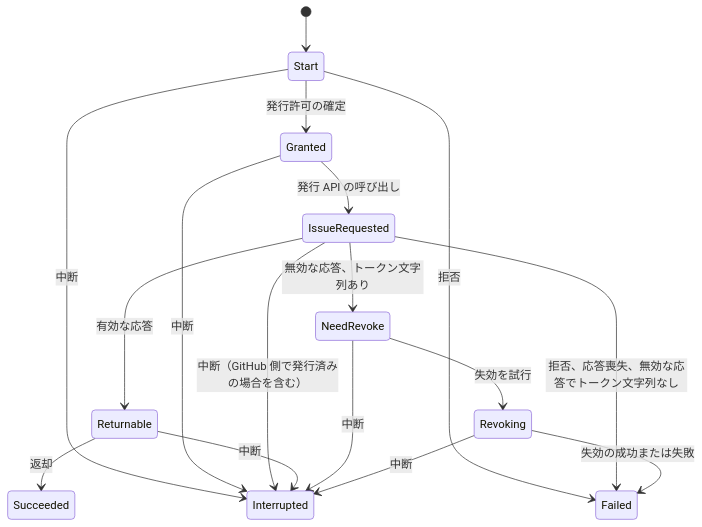
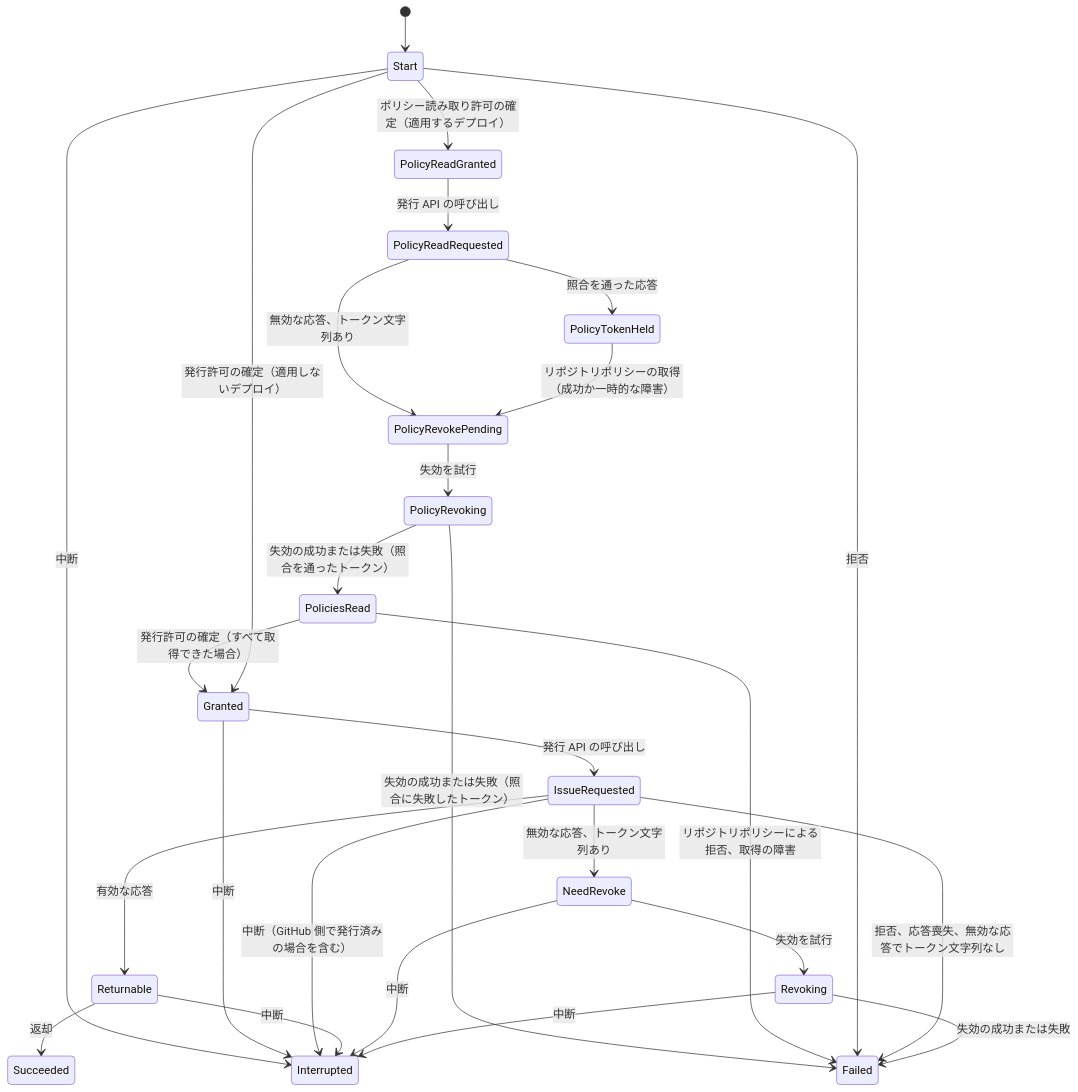
Before and after one commit to tmknom/gates: the second of 2 diagrams in formal/alloy/README.md, drawn with Mermaid. The commit also changed other lines of this file and 7 other files, not shown here.

````diff
--- a/formal/alloy/README.md
+++ b/formal/alloy/README.md
@@ -159,19 +218,29 @@
 ```mermaid
 stateDiagram-v2
     [*] --> Start
-    Start --> Granted: 発行許可の確定
+    Start --> PolicyReadGranted: ポリシー読み取り許可の確定（適用するデプロイ）
+    PolicyReadGranted --> PolicyReadRequested: 発行 API の呼び出し
+    PolicyReadRequested --> PolicyTokenHeld: 照合を通った応答
+    PolicyReadRequested --> PolicyRevokePending: 無効な応答、トークン文字列あり
+    PolicyTokenHeld --> PolicyRevokePending: リポジトリポリシーの取得（成功か一時的な障害）
+    PolicyRevokePending --> PolicyRevoking: 失効を試行
+    PolicyRevoking --> PoliciesRead: 失効の成功または失敗（照合を通ったトークン）
+    PolicyRevoking --> Failed: 失効の成功または失敗（照合に失敗したトークン）
+    PoliciesRead --> Granted: 発行許可の確定（すべて取得できた場合）
+    PoliciesRead --> Failed: リポジトリポリシーによる拒否、取得の障害
+    Start --> Granted: 発行許可の確定（適用しないデプロイ）
     Start --> Failed: 拒否
     Granted --> IssueRequested: 発行 API の呼び出し
     IssueRequested --> Returnable: 有効な応答
     IssueRequested --> NeedRevoke: 無効な応答、トークン文字列あり
     IssueRequested --> Failed: 拒否、応答喪失、無効な応答でトークン文字列なし
     Returnable --> Succeeded: 返却
     NeedRevoke --> Revoking: 失効を試行
     Revoking --> Failed: 失効の成功または失敗
     Start --> Interrupted: 中断
     Granted --> Interrupted: 中断
     IssueRequested --> Interrupted: 中断（GitHub 側で発行済みの場合を含む）
     Returnable --> Interrupted: 中断
     NeedRevoke --> Interrupted: 中断
     Revoking --> Interrupted: 中断
 ```
````
